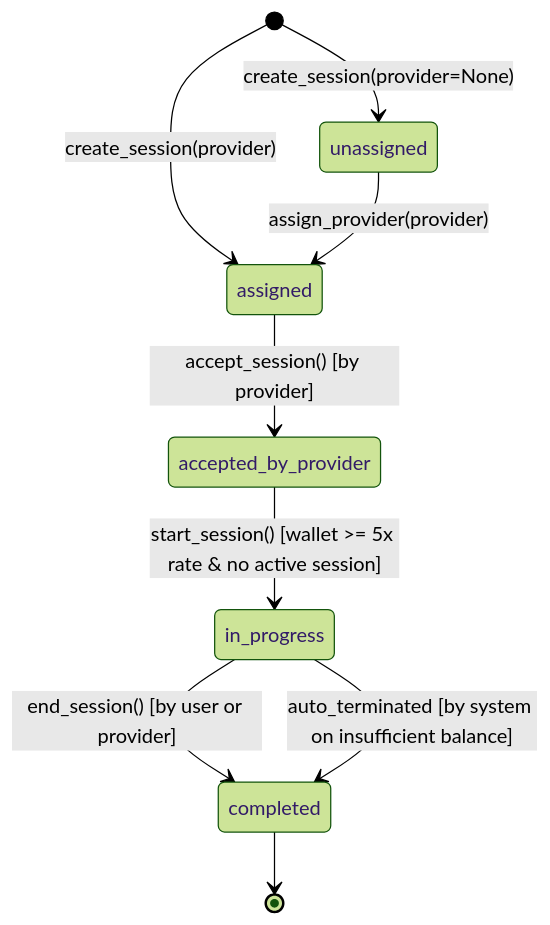
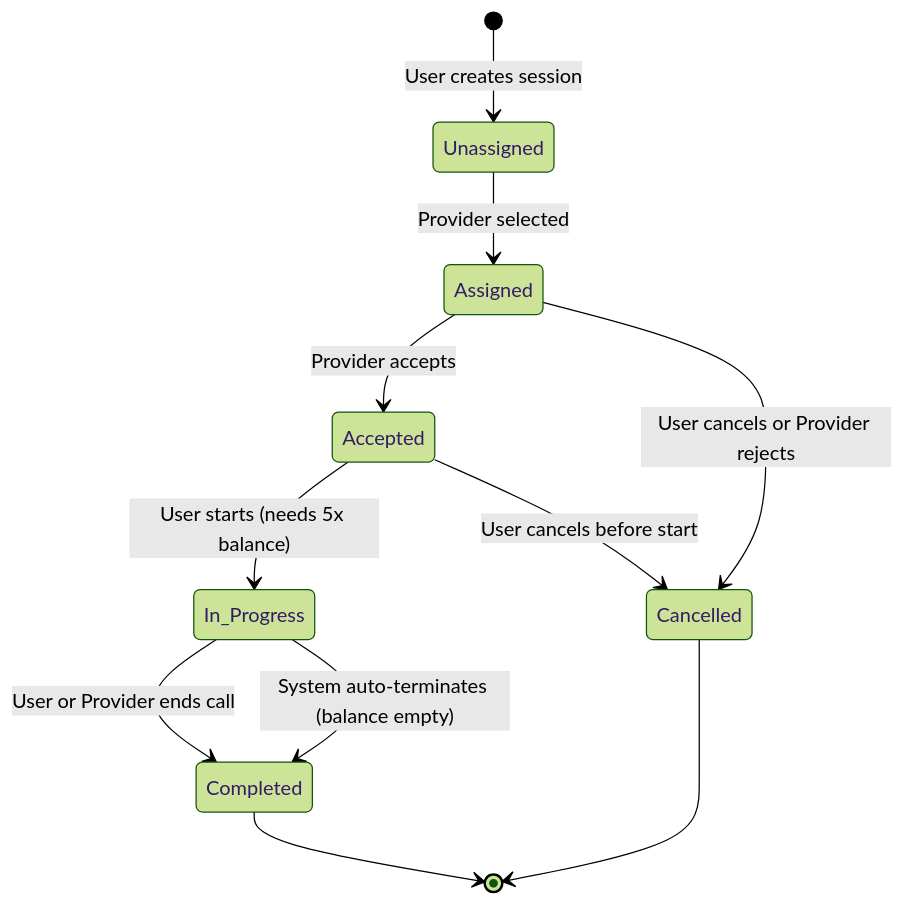
Before and after one commit to Jagveer-chauhan/astrokarma-wallet-billing: the second of 2 diagrams in README.md, drawn with Mermaid (forest theme). The commit also changed other lines of this file, not shown here.

Commit message:
update README with simple setup, diagrams, and architecture decisions

````diff
--- a/README.md
+++ b/README.md
@@ -34,11 +46,13 @@
 ```mermaid
 stateDiagram-v2
-    [*] --> unassigned : create_session(provider=None)
-    [*] --> assigned : create_session(provider)
-    unassigned --> assigned : assign_provider(provider)
-    assigned --> accepted_by_provider : accept_session() [by provider]
-    accepted_by_provider --> in_progress : start_session() [wallet >= 5x rate & no active session]
-    in_progress --> completed : end_session() [by user or provider]
-    in_progress --> completed : auto_terminated [by system on insufficient balance]
-    completed --> [*]
+    [*] --> Unassigned : User creates session
+    Unassigned --> Assigned : Provider selected
+    Assigned --> Accepted : Provider accepts
+    Assigned --> Cancelled : User cancels or Provider rejects
+    Accepted --> In_Progress : User starts (needs 5x balance)
+    Accepted --> Cancelled : User cancels before start
+    In_Progress --> Completed : User or Provider ends call
+    In_Progress --> Completed : System auto-terminates (balance empty)
+    Completed --> [*]
+    Cancelled --> [*]
 ```
````
